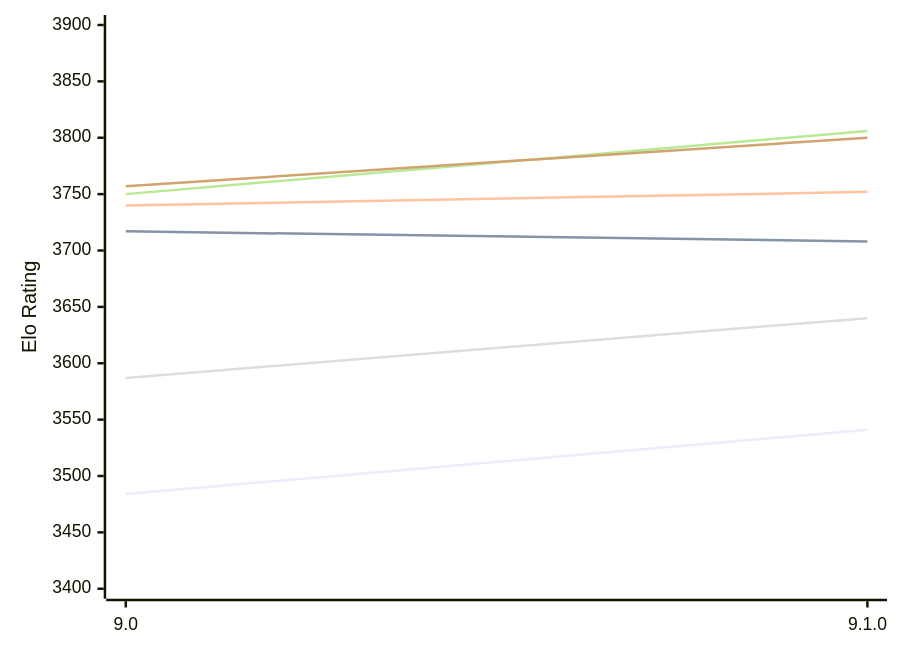
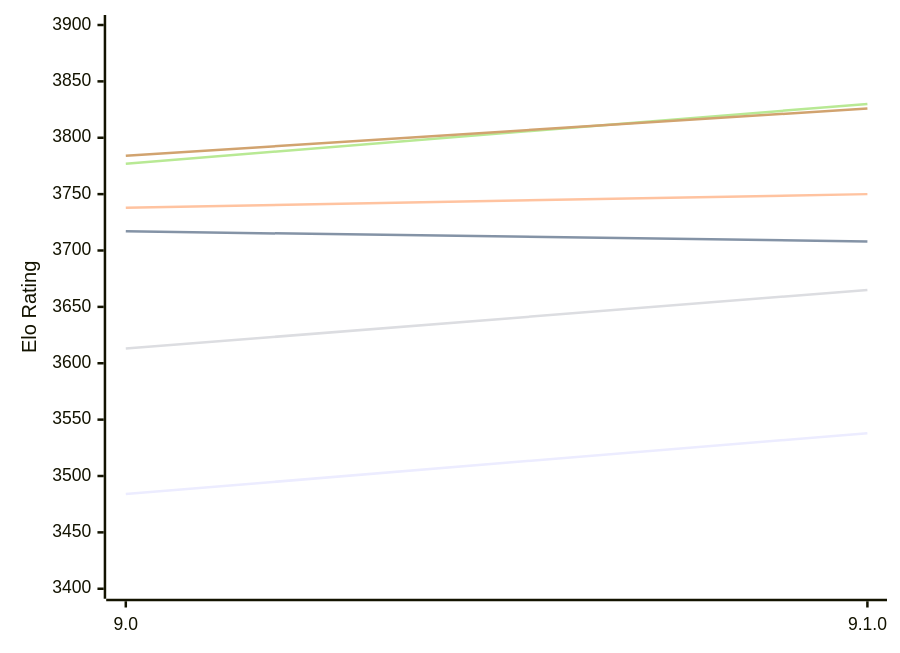
One commit to computer-chess-index/cci changed the first of 2 diagrams in engines/Alexandria.md. Above: the diagram before and after it, drawn with Mermaid. The commit also changed other lines of this file, not shown here.

Commit message:
Update CCI Ratings (ELO VLTC) - 2026-11-04

````diff
--- a/engines/Alexandria.md
+++ b/engines/Alexandria.md
@@ -54,12 +54,12 @@
 ```mermaid
 %%{init: {"theme":"base","themeVariables":{"seriesColors:['#a3a3a3','#222221','#faa371']}}}%%
 xychart-beta
   x-axis ["9.0", "9.1.0"]
   y-axis "Elo Rating" 3400 --> 3900
-  line "E1: STC (8.0+0.08s)" [3484, 3541]
+  line "E1: STC (8.0+0.08s)" [3484, 3538]
   line "E1: LTC (60.0+0.60s)" [3717, 3708]
-  line "E1: VLTC (2m24s+1.12s)" [3740, 3752]
-  line "P1: STC (8.0+0.08s)" [3587, 3640]
-  line "P1: LTC (60.0+0.60s)" [3750, 3806]
-  line "P1: VLTC (2m24s+1.12s)" [3757, 3800]
+  line "E1: VLTC (2m24s+1.12s)" [3738, 3750]
+  line "P1: STC (8.0+0.08s)" [3613, 3665]
+  line "P1: LTC (60.0+0.60s)" [3777, 3830]
+  line "P1: VLTC (2m24s+1.12s)" [3784, 3826]
 ```
````
